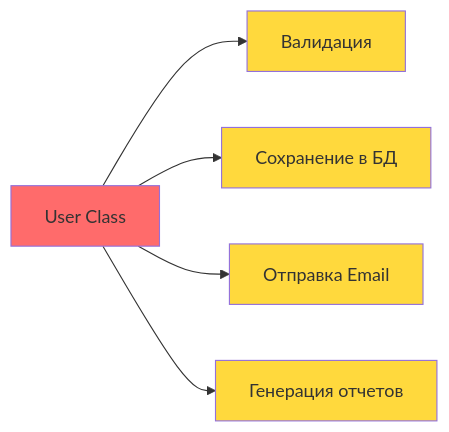
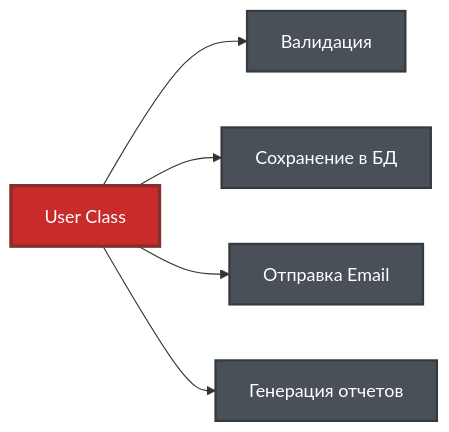
One commit to DaymaNKinG990/Mastery-of-Architecture-Design-patterns-Solid changed the first of 2 diagrams in docs/curriculum/module-01-solid/02-single-responsibility.md. Above: the diagram before and after it, drawn with Mermaid. The commit also changed other lines of this file, not shown here.

Commit message:
Enhance module 01 documentation: update styling for diagrams, clarify responsibilities in classes, and improve password validation test cases for better readability and maintainability

````diff
--- a/docs/curriculum/module-01-solid/02-single-responsibility.md
+++ b/docs/curriculum/module-01-solid/02-single-responsibility.md
@@ -15,13 +15,13 @@
 ```mermaid
 graph LR
     A[User Class] --> B[Валидация]
     A --> C[Сохранение в БД]
     A --> D[Отправка Email]
     A --> E[Генерация отчетов]
     
-    style A fill:#ff6b6b
-    style B fill:#ffd93d
-    style C fill:#ffd93d
-    style D fill:#ffd93d
-    style E fill:#ffd93d
+    style A fill:#c92a2a,stroke:#862e2e,stroke-width:3px,color:#fff
+    style B fill:#495057,stroke:#343a40,stroke-width:2px,color:#fff
+    style C fill:#495057,stroke:#343a40,stroke-width:2px,color:#fff
+    style D fill:#495057,stroke:#343a40,stroke-width:2px,color:#fff
+    style E fill:#495057,stroke:#343a40,stroke-width:2px,color:#fff
 ```
````
